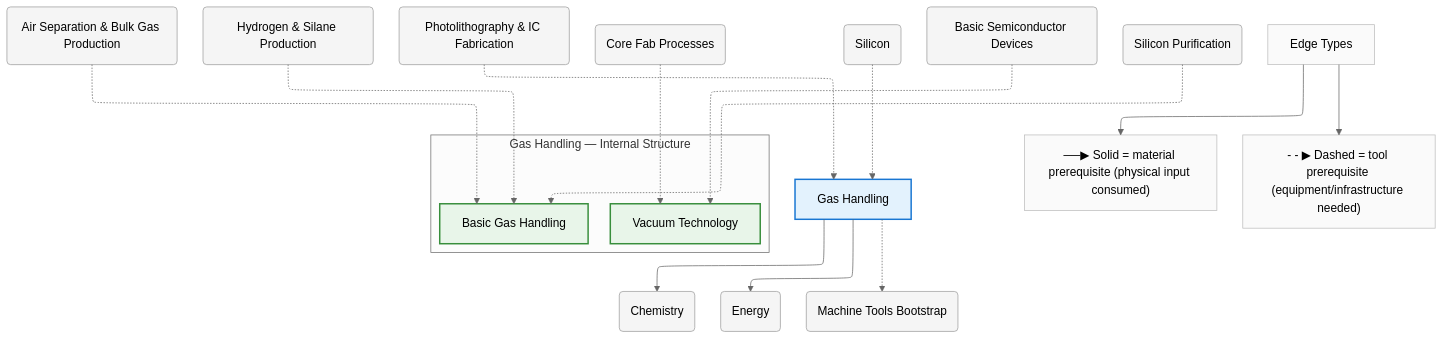
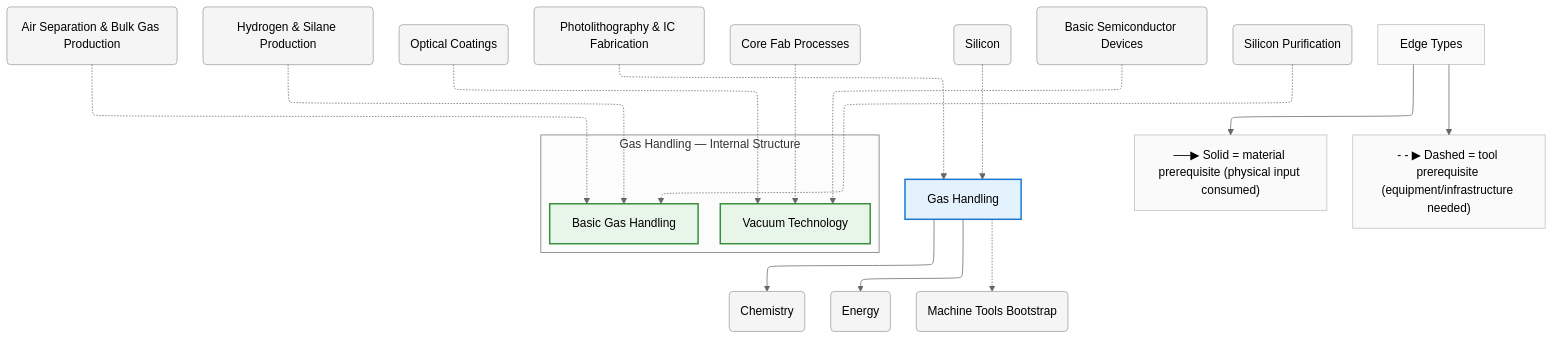
One commit to egofree/TechTree changed the diagram in diagrams/mermaid/gas-handling.mmd. Above: the diagram before and after it, drawn with Mermaid (neutral theme). The commit also changed 14 other files, not shown here.

First line of the commit message:
chore(diagrams): regenerate all Mermaid diagrams from updated data

```diff
--- a/diagrams/mermaid/gas-handling.mmd
+++ b/diagrams/mermaid/gas-handling.mmd
@@ -1,66 +1,69 @@
 %%{init: {"flowchart": {"defaultRenderer": "elk", "htmlLabels": true}}}%%
 graph TD
     %% Domain: Gas Handling
 
     %% ==================== INTERNAL NODES ====================
     subgraph gas-handling_internal ["Gas Handling — Internal Structure"]
         direction TB
         gas-handling_vacuum["Vacuum Technology"]
         gas-handling_basic["Basic Gas Handling"]
     end
 
     %% ==================== DOMAIN NODE ====================
     gas-handling["Gas Handling"]
 
     %% ==================== EXTERNAL DEPENDENCIES ====================
     chemistry("Chemistry")
     chemistry_air-separation("Air Separation & Bulk Gas Production")
     chemistry_hydrogen-silane("Hydrogen & Silane Production")
     energy("Energy")
     machine-tools("Machine Tools Bootstrap")
+    optics_inspection_optical-coatings("Optical Coatings")
     photolithography("Photolithography & IC Fabrication")
     photolithography_fab-processes("Core Fab Processes")
     silicon("Silicon")
     silicon_basic-devices("Basic Semiconductor Devices")
     silicon_purification("Silicon Purification")
 
     %% ==================== EDGES ====================
     gas-handling -.-> machine-tools
     gas-handling --> energy
     gas-handling --> chemistry
     silicon -.-> gas-handling
     silicon_purification -.-> gas-handling_basic
     silicon_basic-devices -.-> gas-handling_vacuum
     photolithography -.-> gas-handling
     photolithography_fab-processes -.-> gas-handling_vacuum
     chemistry_air-separation -.-> gas-handling_basic
     chemistry_hydrogen-silane -.-> gas-handling_basic
+    optics_inspection_optical-coatings -.-> gas-handling_vacuum
 
     %% ==================== EDGE TYPE LEGEND ====================
     EdgeLegend["Edge Types"]
     EdgeLegend --> MatNote["──▶ Solid = material prerequisite (physical input consumed)"]
     EdgeLegend --> ToolNote["- - ▶ Dashed = tool prerequisite (equipment/infrastructure needed)"]
 
     %% ==================== STYLING ====================
     classDef domain fill:#e3f2fd,stroke:#1976d2,stroke-width:2px
     classDef capability fill:#e8f5e9,stroke:#388e3c,stroke-width:2px
     classDef process fill:#fff3e0,stroke:#f57c00,stroke-width:2px
     classDef critical fill:#fff3e0,stroke:#f57c00,stroke-width:3px
     classDef earlyWin fill:#e8f5e9,stroke:#388e3c,stroke-width:3px
     classDef pinnacle fill:#fce4ec,stroke:#c62828,stroke-width:3px
     classDef external fill:#f5f5f5,stroke:#9e9e9e,stroke-width:1px
     classDef legend fill:#fafafa,stroke:#bdbdbd,stroke-width:1px
     class gas-handling domain
     class gas-handling_vacuum capability
     class gas-handling_basic capability
     class chemistry external
     class chemistry_air-separation external
     class chemistry_hydrogen-silane external
     class energy external
     class machine-tools external
+    class optics_inspection_optical-coatings external
     class photolithography external
     class photolithography_fab-processes external
     class silicon external
     class silicon_basic-devices external
     class silicon_purification external
     class EdgeLegend,MatNote,ToolNote legend
```
